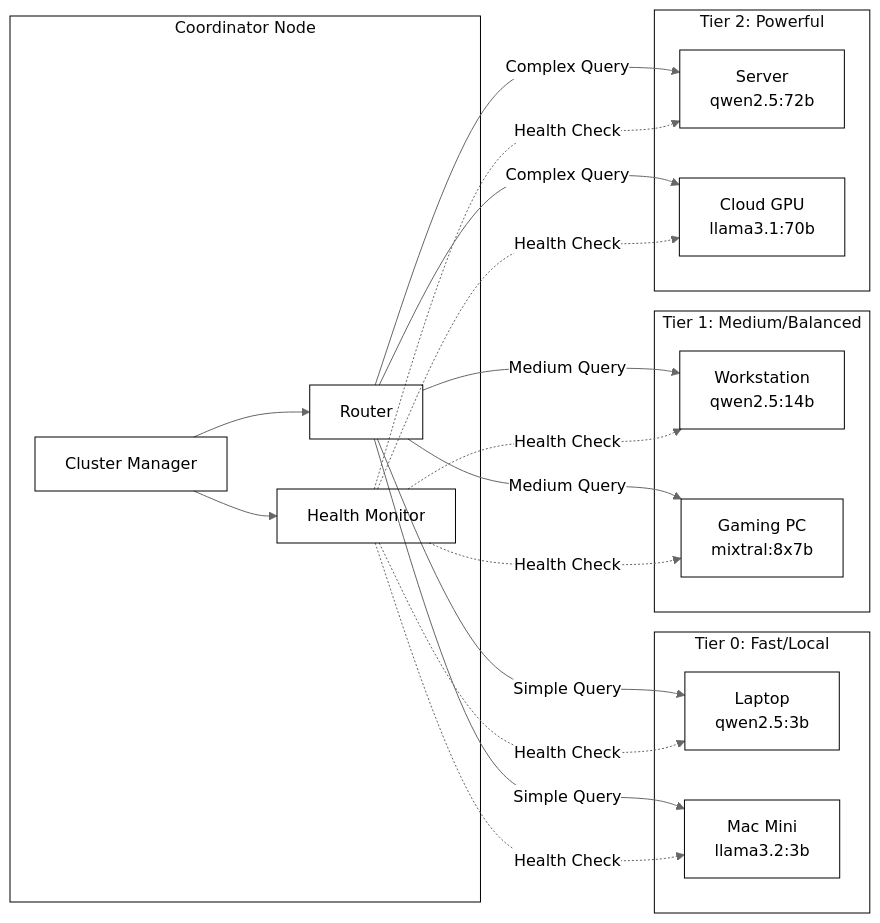
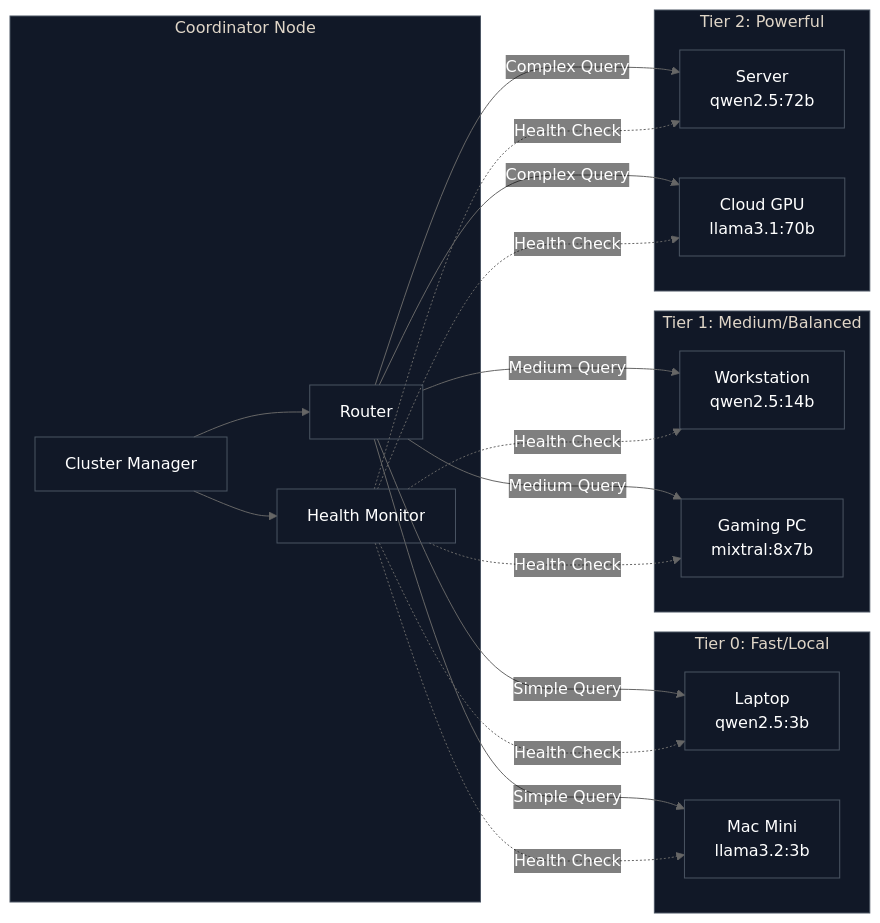
One commit to smallthinkingmachines/harombe changed the diagram in README.md. Above: the diagram before and after it, drawn with Mermaid.

Commit message:
fix: Update cluster topology diagram colors for dark mode
Apply same dark mode color scheme to cluster topology diagram:
- Dark gray boxes with white text
- Medium gray borders
- Very dark cluster backgrounds for contrast
- Transparent main background

Both diagrams now use consistent theming and are visible on
light and dark GitHub themes.

````diff
--- a/README.md
+++ b/README.md
@@ -198,39 +198,39 @@
 ```mermaid
-%%{init: {'theme': 'base', 'themeVariables': {'primaryColor': '#ffffff', 'primaryTextColor': '#000000', 'primaryBorderColor': '#000000', 'lineColor': '#666666', 'secondaryColor': '#e8e8e8', 'tertiaryColor': '#f5f5f5', 'edgeLabelBackground': '#ffffff', 'clusterBkg': '#ffffff', 'clusterBorder': '#000000', 'mainBkg': 'transparent', 'background': 'transparent'}}}%%
+%%{init: {'theme': 'base', 'themeVariables': {'primaryColor': '#1f2937', 'primaryTextColor': '#ffffff', 'primaryBorderColor': '#4b5563', 'lineColor': '#666666', 'secondaryColor': '#374151', 'tertiaryColor': '#1f2937', 'edgeLabelBackground': 'transparent', 'clusterBkg': '#111827', 'clusterBorder': '#4b5563', 'mainBkg': 'transparent', 'background': 'transparent', 'nodeBorder': '#4b5563', 'nodeTextColor': '#ffffff'}}}%%
 flowchart LR
     subgraph Coordinator["Coordinator Node"]
         CM[Cluster Manager]
         HM[Health Monitor]
         RT[Router]
     end
 
     subgraph Tier0["Tier 0: Fast/Local"]
         T0N1[Laptop<br/>qwen2.5:3b]
         T0N2[Mac Mini<br/>llama3.2:3b]
     end
 
     subgraph Tier1["Tier 1: Medium/Balanced"]
         T1N1[Workstation<br/>qwen2.5:14b]
         T1N2[Gaming PC<br/>mixtral:8x7b]
     end
 
     subgraph Tier2["Tier 2: Powerful"]
         T2N1[Server<br/>qwen2.5:72b]
         T2N2[Cloud GPU<br/>llama3.1:70b]
     end
 
     CM --> HM
     CM --> RT
     RT -->|Simple Query| T0N1
     RT -->|Simple Query| T0N2
     RT -->|Medium Query| T1N1
     RT -->|Medium Query| T1N2
     RT -->|Complex Query| T2N1
     RT -->|Complex Query| T2N2
     HM -.->|Health Check| T0N1
     HM -.->|Health Check| T0N2
     HM -.->|Health Check| T1N1
     HM -.->|Health Check| T1N2
     HM -.->|Health Check| T2N1
     HM -.->|Health Check| T2N2
 ```
````
